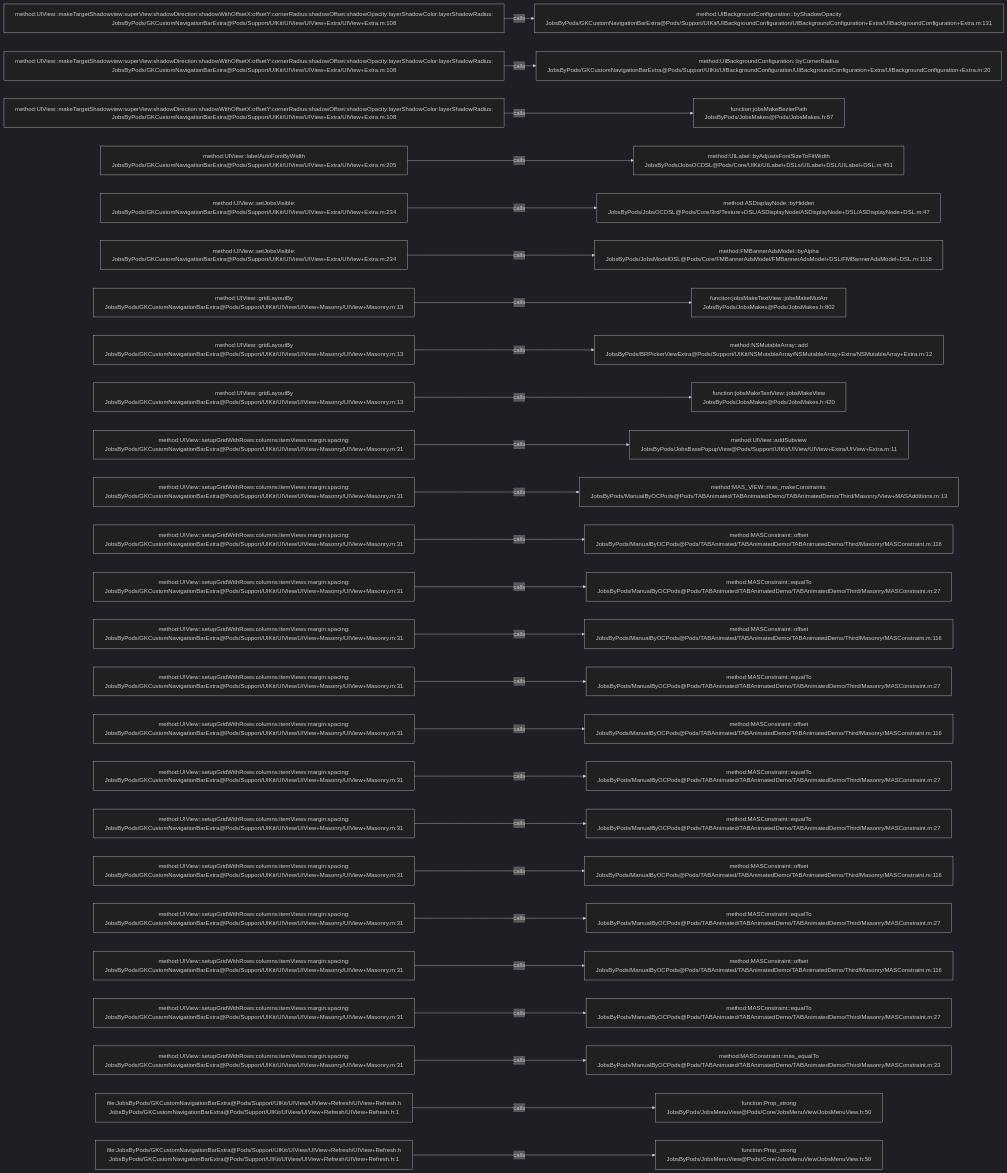
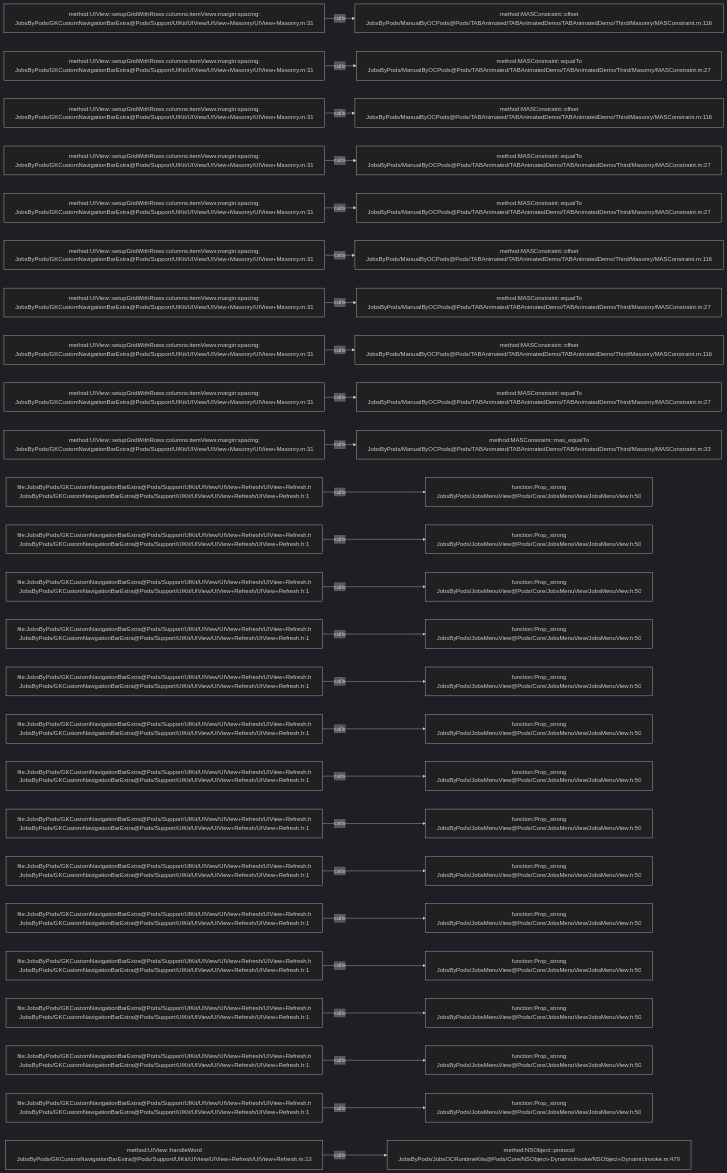
One commit to JobsKits/JobsOCBaseConfigDemo changed the diagram in .codegraph/codegraph.md/graphs/calls-041.md. Above: the diagram before and after it, drawn with Mermaid (dark theme). The commit also changed 223 other files, not shown here.

````diff
--- a/.codegraph/codegraph.md/graphs/calls-041.md
+++ b/.codegraph/codegraph.md/graphs/calls-041.md
@@ -13,78 +13,78 @@
 ```mermaid
 flowchart LR
-  S1["method:UIView::makeTargetShadowview:superView:shadowDirection:shadowWithOffsetX:offsetY:cornerRadius:shadowOffset:shadowOpacity:layerShadowColor:layerShadowRadius:<br/>JobsByPods/GKCustomNavigationBarExtra@Pods/Support/UIKit/UIView/UIView+Extra/UIView+Extra.m:108"]
-  T1["method:UIBackgroundConfiguration::byShadowOpacity<br/>JobsByPods/GKCustomNavigationBarExtra@Pods/Support/UIKit/UIBackgroundConfiguration/UIBackgroundConfiguration+Extra/UIBackgroundConfiguration+Extra.m:131"]
+  S1["method:UIView::setupGridWithRows:columns:itemViews:margin:spacing:<br/>JobsByPods/GKCustomNavigationBarExtra@Pods/Support/UIKit/UIView/UIView+Masonry/UIView+Masonry.m:31"]
+  T1["method:MASConstraint::offset<br/>JobsByPods/ManualByOCPods@Pods/TABAnimated/TABAnimatedDemo/TABAnimatedDemo/Third/Masonry/MASConstraint.m:116"]
   S1 -->|calls| T1
-  S2["method:UIView::makeTargetShadowview:superView:shadowDirection:shadowWithOffsetX:offsetY:cornerRadius:shadowOffset:shadowOpacity:layerShadowColor:layerShadowRadius:<br/>JobsByPods/GKCustomNavigationBarExtra@Pods/Support/UIKit/UIView/UIView+Extra/UIView+Extra.m:108"]
-  T2["method:UIBackgroundConfiguration::byCornerRadius<br/>JobsByPods/GKCustomNavigationBarExtra@Pods/Support/UIKit/UIBackgroundConfiguration/UIBackgroundConfiguration+Extra/UIBackgroundConfiguration+Extra.m:20"]
+  S2["method:UIView::setupGridWithRows:columns:itemViews:margin:spacing:<br/>JobsByPods/GKCustomNavigationBarExtra@Pods/Support/UIKit/UIView/UIView+Masonry/UIView+Masonry.m:31"]
+  T2["method:MASConstraint::equalTo<br/>JobsByPods/ManualByOCPods@Pods/TABAnimated/TABAnimatedDemo/TABAnimatedDemo/Third/Masonry/MASConstraint.m:27"]
   S2 -->|calls| T2
-  S3["method:UIView::makeTargetShadowview:superView:shadowDirection:shadowWithOffsetX:offsetY:cornerRadius:shadowOffset:shadowOpacity:layerShadowColor:layerShadowRadius:<br/>JobsByPods/GKCustomNavigationBarExtra@Pods/Support/UIKit/UIView/UIView+Extra/UIView+Extra.m:108"]
-  T3["function:jobsMakeBezierPath<br/>JobsByPods/JobsMakes@Pods/JobsMakes.h:87"]
+  S3["method:UIView::setupGridWithRows:columns:itemViews:margin:spacing:<br/>JobsByPods/GKCustomNavigationBarExtra@Pods/Support/UIKit/UIView/UIView+Masonry/UIView+Masonry.m:31"]
+  T3["method:MASConstraint::offset<br/>JobsByPods/ManualByOCPods@Pods/TABAnimated/TABAnimatedDemo/TABAnimatedDemo/Third/Masonry/MASConstraint.m:116"]
   S3 -->|calls| T3
-  S4["method:UIView::labelAutoFontByWidth<br/>JobsByPods/GKCustomNavigationBarExtra@Pods/Support/UIKit/UIView/UIView+Extra/UIView+Extra.m:205"]
-  T4["method:UILabel::byAdjustsFontSizeToFitWidth<br/>JobsByPods/JobsOCDSL@Pods/Core/UIKit/UILabel+DSLs/UILabel+DSL/UILabel+DSL.m:451"]
+  S4["method:UIView::setupGridWithRows:columns:itemViews:margin:spacing:<br/>JobsByPods/GKCustomNavigationBarExtra@Pods/Support/UIKit/UIView/UIView+Masonry/UIView+Masonry.m:31"]
+  T4["method:MASConstraint::equalTo<br/>JobsByPods/ManualByOCPods@Pods/TABAnimated/TABAnimatedDemo/TABAnimatedDemo/Third/Masonry/MASConstraint.m:27"]
   S4 -->|calls| T4
-  S5["method:UIView::setJobsVisible:<br/>JobsByPods/GKCustomNavigationBarExtra@Pods/Support/UIKit/UIView/UIView+Extra/UIView+Extra.m:234"]
-  T5["method:ASDisplayNode::byHidden<br/>JobsByPods/JobsOCDSL@Pods/Core/3rd/Texture+DSL/ASDisplayNode/ASDisplayNode+DSL/ASDisplayNode+DSL.m:47"]
+  S5["method:UIView::setupGridWithRows:columns:itemViews:margin:spacing:<br/>JobsByPods/GKCustomNavigationBarExtra@Pods/Support/UIKit/UIView/UIView+Masonry/UIView+Masonry.m:31"]
+  T5["method:MASConstraint::equalTo<br/>JobsByPods/ManualByOCPods@Pods/TABAnimated/TABAnimatedDemo/TABAnimatedDemo/Third/Masonry/MASConstraint.m:27"]
   S5 -->|calls| T5
-  S6["method:UIView::setJobsVisible:<br/>JobsByPods/GKCustomNavigationBarExtra@Pods/Support/UIKit/UIView/UIView+Extra/UIView+Extra.m:234"]
-  T6["method:FMBannerAdsModel::byAlpha<br/>JobsByPods/JobsModelDSL@Pods/Core/FMBannerAdsModel/FMBannerAdsModel+DSL/FMBannerAdsModel+DSL.m:1118"]
+  S6["method:UIView::setupGridWithRows:columns:itemViews:margin:spacing:<br/>JobsByPods/GKCustomNavigationBarExtra@Pods/Support/UIKit/UIView/UIView+Masonry/UIView+Masonry.m:31"]
+  T6["method:MASConstraint::offset<br/>JobsByPods/ManualByOCPods@Pods/TABAnimated/TABAnimatedDemo/TABAnimatedDemo/Third/Masonry/MASConstraint.m:116"]
   S6 -->|calls| T6
-  S7["method:UIView::gridLayoutBy<br/>JobsByPods/GKCustomNavigationBarExtra@Pods/Support/UIKit/UIView/UIView+Masonry/UIView+Masonry.m:13"]
-  T7["function:jobsMakeTextView::jobsMakeMutArr<br/>JobsByPods/JobsMakes@Pods/JobsMakes.h:802"]
+  S7["method:UIView::setupGridWithRows:columns:itemViews:margin:spacing:<br/>JobsByPods/GKCustomNavigationBarExtra@Pods/Support/UIKit/UIView/UIView+Masonry/UIView+Masonry.m:31"]
+  T7["method:MASConstraint::equalTo<br/>JobsByPods/ManualByOCPods@Pods/TABAnimated/TABAnimatedDemo/TABAnimatedDemo/Third/Masonry/MASConstraint.m:27"]
   S7 -->|calls| T7
-  S8["method:UIView::gridLayoutBy<br/>JobsByPods/GKCustomNavigationBarExtra@Pods/Support/UIKit/UIView/UIView+Masonry/UIView+Masonry.m:13"]
-  T8["method:NSMutableArray::add<br/>JobsByPods/BRPickerViewExtra@Pods/Support/UIKit/NSMutableArray/NSMutableArray+Extra/NSMutableArray+Extra.m:12"]
+  S8["method:UIView::setupGridWithRows:columns:itemViews:margin:spacing:<br/>JobsByPods/GKCustomNavigationBarExtra@Pods/Support/UIKit/UIView/UIView+Masonry/UIView+Masonry.m:31"]
+  T8["method:MASConstraint::offset<br/>JobsByPods/ManualByOCPods@Pods/TABAnimated/TABAnimatedDemo/TABAnimatedDemo/Third/Masonry/MASConstraint.m:116"]
   S8 -->|calls| T8
-  S9["method:UIView::gridLayoutBy<br/>JobsByPods/GKCustomNavigationBarExtra@Pods/Support/UIKit/UIView/UIView+Masonry/UIView+Masonry.m:13"]
-  T9["function:jobsMakeTextView::jobsMakeView<br/>JobsByPods/JobsMakes@Pods/JobsMakes.h:420"]
+  S9["method:UIView::setupGridWithRows:columns:itemViews:margin:spacing:<br/>JobsByPods/GKCustomNavigationBarExtra@Pods/Support/UIKit/UIView/UIView+Masonry/UIView+Masonry.m:31"]
+  T9["method:MASConstraint::equalTo<br/>JobsByPods/ManualByOCPods@Pods/TABAnimated/TABAnimatedDemo/TABAnimatedDemo/Third/Masonry/MASConstraint.m:27"]
   S9 -->|calls| T9
   S10["method:UIView::setupGridWithRows:columns:itemViews:margin:spacing:<br/>JobsByPods/GKCustomNavigationBarExtra@Pods/Support/UIKit/UIView/UIView+Masonry/UIView+Masonry.m:31"]
-  T10["method:UIView::addSubview<br/>JobsByPods/JobsBasePopupView@Pods/Support/UIKit/UIView/UIView+Extra/UIView+Extra.m:11"]
+  T10["method:MASConstraint::mas_equalTo<br/>JobsByPods/ManualByOCPods@Pods/TABAnimated/TABAnimatedDemo/TABAnimatedDemo/Third/Masonry/MASConstraint.m:33"]
   S10 -->|calls| T10
-  S11["method:UIView::setupGridWithRows:columns:itemViews:margin:spacing:<br/>JobsByPods/GKCustomNavigationBarExtra@Pods/Support/UIKit/UIView/UIView+Masonry/UIView+Masonry.m:31"]
-  T11["method:MAS_VIEW::mas_makeConstraints:<br/>JobsByPods/ManualByOCPods@Pods/TABAnimated/TABAnimatedDemo/TABAnimatedDemo/Third/Masonry/View+MASAdditions.m:13"]
+  S11["file:JobsByPods/GKCustomNavigationBarExtra@Pods/Support/UIKit/UIView/UIView+Refresh/UIView+Refresh.h<br/>JobsByPods/GKCustomNavigationBarExtra@Pods/Support/UIKit/UIView/UIView+Refresh/UIView+Refresh.h:1"]
+  T11["function:Prop_strong<br/>JobsByPods/JobsMenuView@Pods/Core/JobsMenuView/JobsMenuView.h:50"]
   S11 -->|calls| T11
-  S12["method:UIView::setupGridWithRows:columns:itemViews:margin:spacing:<br/>JobsByPods/GKCustomNavigationBarExtra@Pods/Support/UIKit/UIView/UIView+Masonry/UIView+Masonry.m:31"]
-  T12["method:MASConstraint::offset<br/>JobsByPods/ManualByOCPods@Pods/TABAnimated/TABAnimatedDemo/TABAnimatedDemo/Third/Masonry/MASConstraint.m:116"]
+  S12["file:JobsByPods/GKCustomNavigationBarExtra@Pods/Support/UIKit/UIView/UIView+Refresh/UIView+Refresh.h<br/>JobsByPods/GKCustomNavigationBarExtra@Pods/Support/UIKit/UIView/UIView+Refresh/UIView+Refresh.h:1"]
+  T12["function:Prop_strong<br/>JobsByPods/JobsMenuView@Pods/Core/JobsMenuView/JobsMenuView.h:50"]
   S12 -->|calls| T12
-  S13["method:UIView::setupGridWithRows:columns:itemViews:margin:spacing:<br/>JobsByPods/GKCustomNavigationBarExtra@Pods/Support/UIKit/UIView/UIView+Masonry/UIView+Masonry.m:31"]
-  T13["method:MASConstraint::equalTo<br/>JobsByPods/ManualByOCPods@Pods/TABAnimated/TABAnimatedDemo/TABAnimatedDemo/Third/Masonry/MASConstraint.m:27"]
+  S13["file:JobsByPods/GKCustomNavigationBarExtra@Pods/Support/UIKit/UIView/UIView+Refresh/UIView+Refresh.h<br/>JobsByPods/GKCustomNavigationBarExtra@Pods/Support/UIKit/UIView/UIView+Refresh/UIView+Refresh.h:1"]
+  T13["function:Prop_strong<br/>JobsByPods/JobsMenuView@Pods/Core/JobsMenuView/JobsMenuView.h:50"]
   S13 -->|calls| T13
-  S14["method:UIView::setupGridWithRows:columns:itemViews:margin:spacing:<br/>JobsByPods/GKCustomNavigationBarExtra@Pods/Support/UIKit/UIView/UIView+Masonry/UIView+Masonry.m:31"]
-  T14["method:MASConstraint::offset<br/>JobsByPods/ManualByOCPods@Pods/TABAnimated/TABAnimatedDemo/TABAnimatedDemo/Third/Masonry/MASConstraint.m:116"]
+  S14["file:JobsByPods/GKCustomNavigationBarExtra@Pods/Support/UIKit/UIView/UIView+Refresh/UIView+Refresh.h<br/>JobsByPods/GKCustomNavigationBarExtra@Pods/Support/UIKit/UIView/UIView+Refresh/UIView+Refresh.h:1"]
+  T14["function:Prop_strong<br/>JobsByPods/JobsMenuView@Pods/Core/JobsMenuView/JobsMenuView.h:50"]
   S14 -->|calls| T14
-  S15["method:UIView::setupGridWithRows:columns:itemViews:margin:spacing:<br/>JobsByPods/GKCustomNavigationBarExtra@Pods/Support/UIKit/UIView/UIView+Masonry/UIView+Masonry.m:31"]
-  T15["method:MASConstraint::equalTo<br/>JobsByPods/ManualByOCPods@Pods/TABAnimated/TABAnimatedDemo/TABAnimatedDemo/Third/Masonry/MASConstraint.m:27"]
+  S15["file:JobsByPods/GKCustomNavigationBarExtra@Pods/Support/UIKit/UIView/UIView+Refresh/UIView+Refresh.h<br/>JobsByPods/GKCustomNavigationBarExtra@Pods/Support/UIKit/UIView/UIView+Refresh/UIView+Refresh.h:1"]
+  T15["function:Prop_strong<br/>JobsByPods/JobsMenuView@Pods/Core/JobsMenuView/JobsMenuView.h:50"]
   S15 -->|calls| T15
-  S16["method:UIView::setupGridWithRows:columns:itemViews:margin:spacing:<br/>JobsByPods/GKCustomNavigationBarExtra@Pods/Support/UIKit/UIView/UIView+Masonry/UIView+Masonry.m:31"]
-  T16["method:MASConstraint::offset<br/>JobsByPods/ManualByOCPods@Pods/TABAnimated/TABAnimatedDemo/TABAnimatedDemo/Third/Masonry/MASConstraint.m:116"]
+  S16["file:JobsByPods/GKCustomNavigationBarExtra@Pods/Support/UIKit/UIView/UIView+Refresh/UIView+Refresh.h<br/>JobsByPods/GKCustomNavigationBarExtra@Pods/Support/UIKit/UIView/UIView+Refresh/UIView+Refresh.h:1"]
+  T16["function:Prop_strong<br/>JobsByPods/JobsMenuView@Pods/Core/JobsMenuView/JobsMenuView.h:50"]
   S16 -->|calls| T16
-  S17["method:UIView::setupGridWithRows:columns:itemViews:margin:spacing:<br/>JobsByPods/GKCustomNavigationBarExtra@Pods/Support/UIKit/UIView/UIView+Masonry/UIView+Masonry.m:31"]
-  T17["method:MASConstraint::equalTo<br/>JobsByPods/ManualByOCPods@Pods/TABAnimated/TABAnimatedDemo/TABAnimatedDemo/Third/Masonry/MASConstraint.m:27"]
+  S17["file:JobsByPods/GKCustomNavigationBarExtra@Pods/Support/UIKit/UIView/UIView+Refresh/UIView+Refresh.h<br/>JobsByPods/GKCustomNavigationBarExtra@Pods/Support/UIKit/UIView/UIView+Refresh/UIView+Refresh.h:1"]
+  T17["function:Prop_strong<br/>JobsByPods/JobsMenuView@Pods/Core/JobsMenuView/JobsMenuView.h:50"]
   S17 -->|calls| T17
-  S18["method:UIView::setupGridWithRows:columns:itemViews:margin:spacing:<br/>JobsByPods/GKCustomNavigationBarExtra@Pods/Support/UIKit/UIView/UIView+Masonry/UIView+Masonry.m:31"]
-  T18["method:MASConstraint::equalTo<br/>JobsByPods/ManualByOCPods@Pods/TABAnimated/TABAnimatedDemo/TABAnimatedDemo/Third/Masonry/MASConstraint.m:27"]
+  S18["file:JobsByPods/GKCustomNavigationBarExtra@Pods/Support/UIKit/UIView/UIView+Refresh/UIView+Refresh.h<br/>JobsByPods/GKCustomNavigationBarExtra@Pods/Support/UIKit/UIView/UIView+Refresh/UIView+Refresh.h:1"]
+  T18["function:Prop_strong<br/>JobsByPods/JobsMenuView@Pods/Core/JobsMenuView/JobsMenuView.h:50"]
   S18 -->|calls| T18
-  S19["method:UIView::setupGridWithRows:columns:itemViews:margin:spacing:<br/>JobsByPods/GKCustomNavigationBarExtra@Pods/Support/UIKit/UIView/UIView+Masonry/UIView+Masonry.m:31"]
-  T19["method:MASConstraint::offset<br/>JobsByPods/ManualByOCPods@Pods/TABAnimated/TABAnimatedDemo/TABAnimatedDemo/Third/Masonry/MASConstraint.m:116"]
+  S19["file:JobsByPods/GKCustomNavigationBarExtra@Pods/Support/UIKit/UIView/UIView+Refresh/UIView+Refresh.h<br/>JobsByPods/GKCustomNavigationBarExtra@Pods/Support/UIKit/UIView/UIView+Refresh/UIView+Refresh.h:1"]
+  T19["function:Prop_strong<br/>JobsByPods/JobsMenuView@Pods/Core/JobsMenuView/JobsMenuView.h:50"]
   S19 -->|calls| T19
-  S20["method:UIView::setupGridWithRows:columns:itemViews:margin:spacing:<br/>JobsByPods/GKCustomNavigationBarExtra@Pods/Support/UIKit/UIView/UIView+Masonry/UIView+Masonry.m:31"]
-  T20["method:MASConstraint::equalTo<br/>JobsByPods/ManualByOCPods@Pods/TABAnimated/TABAnimatedDemo/TABAnimatedDemo/Third/Masonry/MASConstraint.m:27"]
+  S20["file:JobsByPods/GKCustomNavigationBarExtra@Pods/Support/UIKit/UIView/UIView+Refresh/UIView+Refresh.h<br/>JobsByPods/GKCustomNavigationBarExtra@Pods/Support/UIKit/UIView/UIView+Refresh/UIView+Refresh.h:1"]
+  T20["function:Prop_strong<br/>JobsByPods/JobsMenuView@Pods/Core/JobsMenuView/JobsMenuView.h:50"]
   S20 -->|calls| T20
-  S21["method:UIView::setupGridWithRows:columns:itemViews:margin:spacing:<br/>JobsByPods/GKCustomNavigationBarExtra@Pods/Support/UIKit/UIView/UIView+Masonry/UIView+Masonry.m:31"]
-  T21["method:MASConstraint::offset<br/>JobsByPods/ManualByOCPods@Pods/TABAnimated/TABAnimatedDemo/TABAnimatedDemo/Third/Masonry/MASConstraint.m:116"]
+  S21["file:JobsByPods/GKCustomNavigationBarExtra@Pods/Support/UIKit/UIView/UIView+Refresh/UIView+Refresh.h<br/>JobsByPods/GKCustomNavigationBarExtra@Pods/Support/UIKit/UIView/UIView+Refresh/UIView+Refresh.h:1"]
+  T21["function:Prop_strong<br/>JobsByPods/JobsMenuView@Pods/Core/JobsMenuView/JobsMenuView.h:50"]
   S21 -->|calls| T21
-  S22["method:UIView::setupGridWithRows:columns:itemViews:margin:spacing:<br/>JobsByPods/GKCustomNavigationBarExtra@Pods/Support/UIKit/UIView/UIView+Masonry/UIView+Masonry.m:31"]
-  T22["method:MASConstraint::equalTo<br/>JobsByPods/ManualByOCPods@Pods/TABAnimated/TABAnimatedDemo/TABAnimatedDemo/Third/Masonry/MASConstraint.m:27"]
+  S22["file:JobsByPods/GKCustomNavigationBarExtra@Pods/Support/UIKit/UIView/UIView+Refresh/UIView+Refresh.h<br/>JobsByPods/GKCustomNavigationBarExtra@Pods/Support/UIKit/UIView/UIView+Refresh/UIView+Refresh.h:1"]
+  T22["function:Prop_strong<br/>JobsByPods/JobsMenuView@Pods/Core/JobsMenuView/JobsMenuView.h:50"]
   S22 -->|calls| T22
-  S23["method:UIView::setupGridWithRows:columns:itemViews:margin:spacing:<br/>JobsByPods/GKCustomNavigationBarExtra@Pods/Support/UIKit/UIView/UIView+Masonry/UIView+Masonry.m:31"]
-  T23["method:MASConstraint::mas_equalTo<br/>JobsByPods/ManualByOCPods@Pods/TABAnimated/TABAnimatedDemo/TABAnimatedDemo/Third/Masonry/MASConstraint.m:33"]
+  S23["file:JobsByPods/GKCustomNavigationBarExtra@Pods/Support/UIKit/UIView/UIView+Refresh/UIView+Refresh.h<br/>JobsByPods/GKCustomNavigationBarExtra@Pods/Support/UIKit/UIView/UIView+Refresh/UIView+Refresh.h:1"]
+  T23["function:Prop_strong<br/>JobsByPods/JobsMenuView@Pods/Core/JobsMenuView/JobsMenuView.h:50"]
   S23 -->|calls| T23
   S24["file:JobsByPods/GKCustomNavigationBarExtra@Pods/Support/UIKit/UIView/UIView+Refresh/UIView+Refresh.h<br/>JobsByPods/GKCustomNavigationBarExtra@Pods/Support/UIKit/UIView/UIView+Refresh/UIView+Refresh.h:1"]
   T24["function:Prop_strong<br/>JobsByPods/JobsMenuView@Pods/Core/JobsMenuView/JobsMenuView.h:50"]
   S24 -->|calls| T24
-  S25["file:JobsByPods/GKCustomNavigationBarExtra@Pods/Support/UIKit/UIView/UIView+Refresh/UIView+Refresh.h<br/>JobsByPods/GKCustomNavigationBarExtra@Pods/Support/UIKit/UIView/UIView+Refresh/UIView+Refresh.h:1"]
-  T25["function:Prop_strong<br/>JobsByPods/JobsMenuView@Pods/Core/JobsMenuView/JobsMenuView.h:50"]
+  S25["method:UIView::handleWord<br/>JobsByPods/GKCustomNavigationBarExtra@Pods/Support/UIKit/UIView/UIView+Refresh/UIView+Refresh.m:13"]
+  T25["method:NSObject::protocol<br/>JobsByPods/JobsOCRuntimeKits@Pods/Core/NSObject+DynamicInvoke/NSObject+DynamicInvoke.m:479"]
   S25 -->|calls| T25
 ```
````
